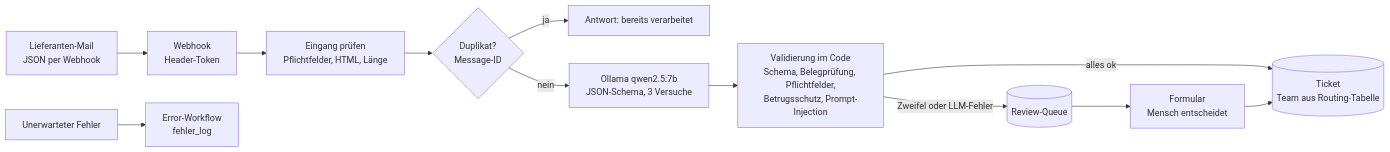
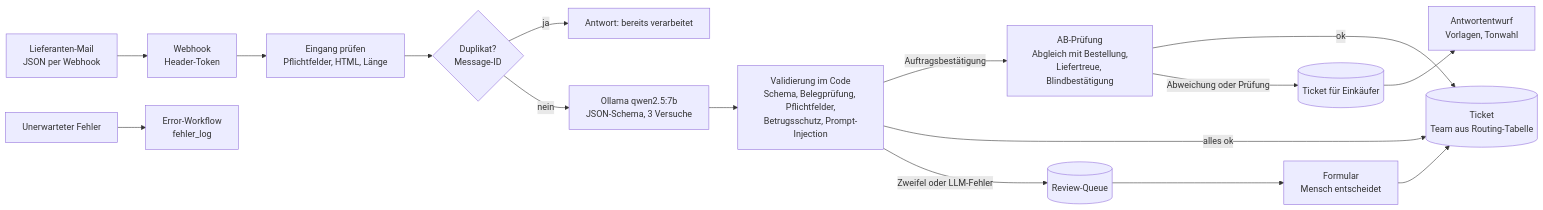
One commit to MaxXSammy/n8n-supplier-mail-triage changed the diagram in README.md. Above: the diagram before and after it, drawn with Mermaid. The commit also changed other lines of this file and 38 other files, not shown here.

````diff
--- a/README.md
+++ b/README.md
@@ -46,14 +69,18 @@
 ```mermaid
 flowchart LR
     M[Lieferanten-Mail<br/>JSON per Webhook] --> W[Webhook<br/>Header-Token]
     W --> E[Eingang prüfen<br/>Pflichtfelder, HTML, Länge]
     E --> D{Duplikat?<br/>Message-ID}
     D -- ja --> R1[Antwort: bereits verarbeitet]
     D -- nein --> L[Ollama qwen2.5:7b<br/>JSON-Schema, 3 Versuche]
     L --> V[Validierung im Code<br/>Schema, Belegprüfung, Pflichtfelder,<br/>Betrugsschutz, Prompt-Injection]
+    V -- Auftragsbestätigung --> AB[AB-Prüfung<br/>Abgleich mit Bestellung,<br/>Liefertreue, Blindbestätigung]
+    AB -- ok --> T
+    AB -- Abweichung oder Prüfung --> EK[(Ticket für Einkäufer)]
+    EK --> AE[Antwortentwurf<br/>Vorlagen, Tonwahl]
     V -- alles ok --> T[(Ticket<br/>Team aus Routing-Tabelle)]
     V -- Zweifel oder LLM-Fehler --> Q[(Review-Queue)]
     Q --> F[Formular<br/>Mensch entscheidet]
     F --> T
     X[Unerwarteter Fehler] --> EW[Error-Workflow<br/>fehler_log]
 ```
````
